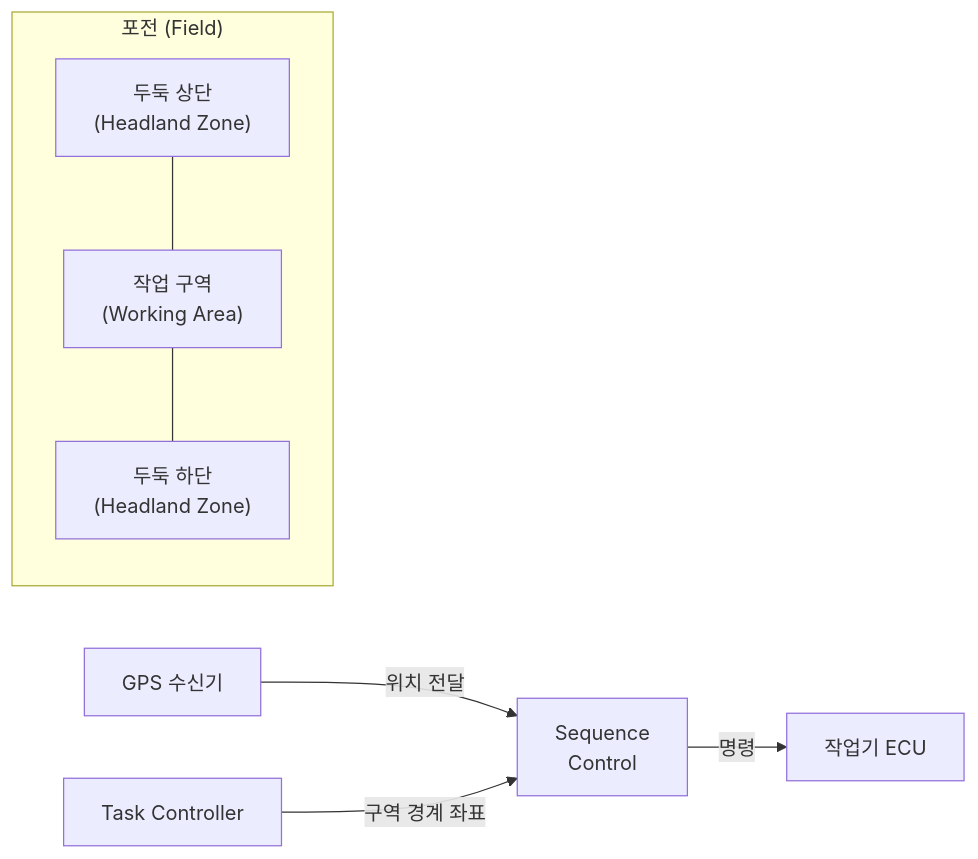
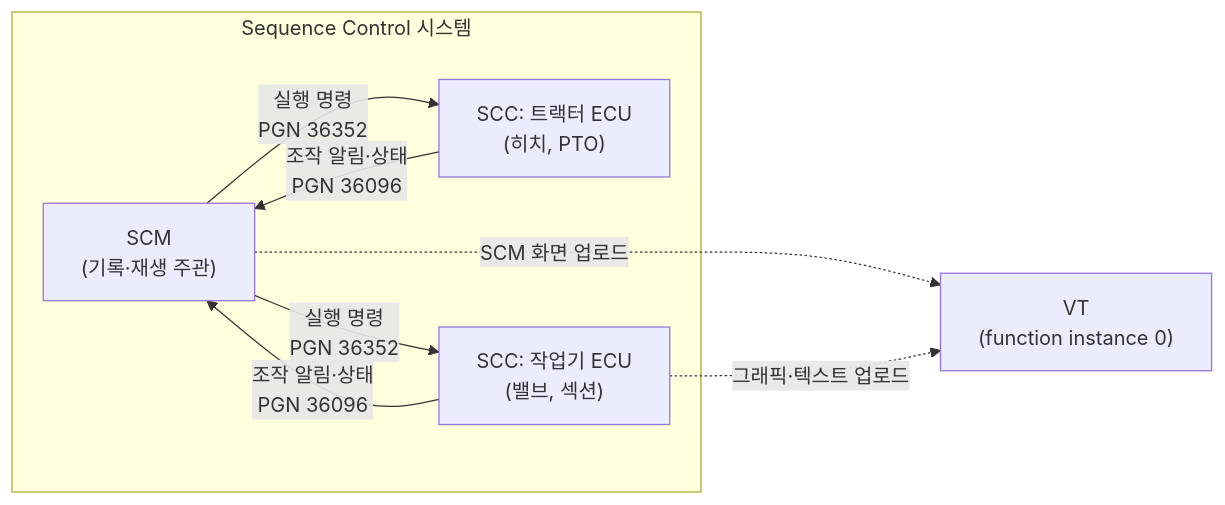
Before and after one commit to hobeen-kim/hobeen-kim.github.io: the second of 4 diagrams in docs/_study/isobus/21-isobus-misc.md, drawn with Mermaid. The commit also changed other lines of this file and 18 other files, not shown here.

````diff
--- a/docs/_study/isobus/21-isobus-misc.md
+++ b/docs/_study/isobus/21-isobus-misc.md
@@ -102,14 +139,15 @@
 ```mermaid
 flowchart LR
-    subgraph Field["포전 (Field)"]
-        direction TB
-        HL_TOP["두둑 상단<br>(Headland Zone)"]
-        WORK["작업 구역<br>(Working Area)"]
-        HL_BOT["두둑 하단<br>(Headland Zone)"]
-        HL_TOP --- WORK --- HL_BOT
+    subgraph SC["Sequence Control 시스템"]
+        SCM["SCM<br>(기록·재생 주관)"]
+        SCC1["SCC: 트랙터 ECU<br>(히치, PTO)"]
+        SCC2["SCC: 작업기 ECU<br>(밸브, 섹션)"]
     end
 
-    GPS["GPS 수신기"] -- 위치 전달 --> SC["Sequence<br>Control"]
-    TC["Task Controller"] -- 구역 경계 좌표 --> SC
-    SC -- 명령 --> IMPL["작업기 ECU"]
+    SCM -- "실행 명령<br>PGN 36352" --> SCC1
+    SCM -- "실행 명령<br>PGN 36352" --> SCC2
+    SCC1 -- "조작 알림·상태<br>PGN 36096" --> SCM
+    SCC2 -- "조작 알림·상태<br>PGN 36096" --> SCM
+    SCM -. "SCM 화면 업로드" .-> VT["VT<br>(function instance 0)"]
+    SCC2 -. "그래픽·텍스트 업로드" .-> VT
 ```
````
